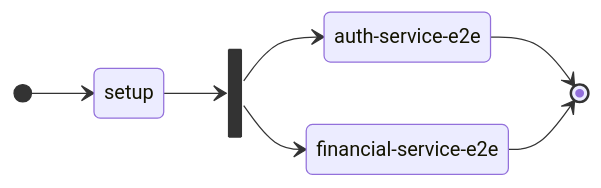
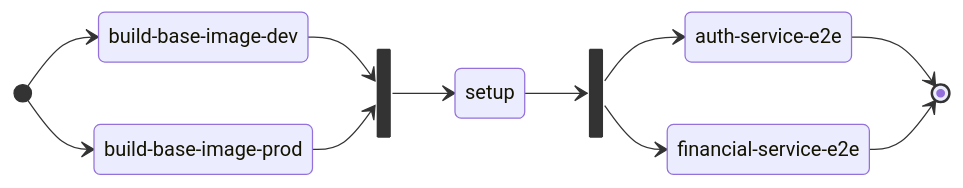
Before and after one commit to shimisnow/poc-nestjs: the second of 3 diagrams in docs/markdown/github-actions.md, drawn with Mermaid. The commit also changed other lines of this file and 1 other file, not shown here.

Commit message:
docs[#140]: change documentation about the github action workflow

````diff
--- a/docs/markdown/github-actions.md
+++ b/docs/markdown/github-actions.md
@@ -43,14 +43,24 @@
 ```mermaid
 stateDiagram-v2
 direction LR
+
+state "build-base-image-dev" as dev
+state "build-base-image-prod" as prod
+[*] --> dev
+[*] --> prod
+state build <<fork>>
+dev --> build
+prod --> build
+
+build --> setup
+state wait <<fork>>
+setup --> wait
+
 state "auth-service-e2e" as auth
 state "financial-service-e2e" as financial
-state wait <<fork>>
 
-[*] --> setup
-setup --> wait
 wait --> auth
 wait --> financial
 auth --> [*]
 financial --> [*]
 ```
````
